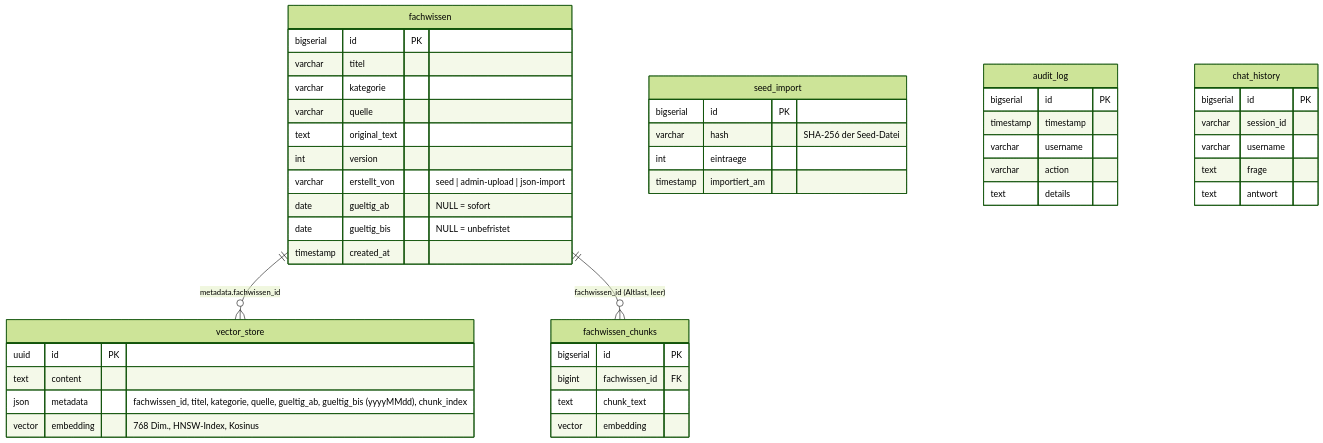
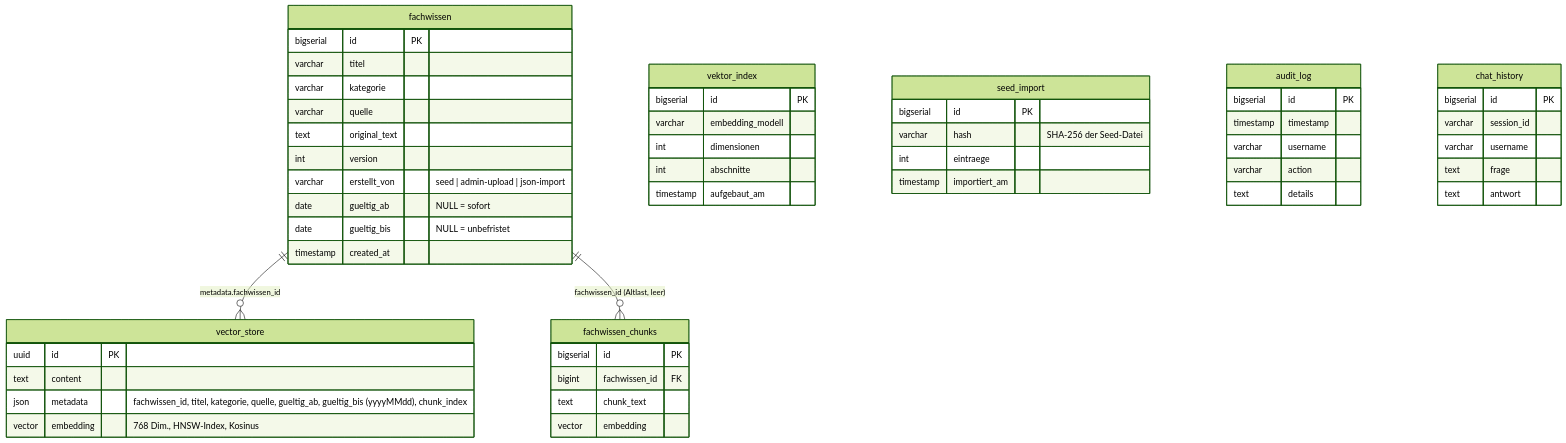
The seventh of 7 diagrams in docs/ARCHITEKTUR.md (baiyendeik-enowmpey/betriebsrente-faq-bot-keycloak), drawn with Mermaid (forest theme) before and after one commit. The commit also changed other lines of this file and 22 other files, not shown here.

First line of the commit message:
Qualitätsprüfung mit Testfragen-Katalog und mehrsprachiges Embedding-Modell

````diff
--- a/docs/ARCHITEKTUR.md
+++ b/docs/ARCHITEKTUR.md
@@ -258,50 +264,57 @@
 ```mermaid
 erDiagram
     fachwissen ||--o{ vector_store : "metadata.fachwissen_id"
     fachwissen ||--o{ fachwissen_chunks : "fachwissen_id (Altlast, leer)"
 
     fachwissen {
         bigserial id PK
         varchar titel
         varchar kategorie
         varchar quelle
         text original_text
         int version
         varchar erstellt_von "seed | admin-upload | json-import"
         date gueltig_ab "NULL = sofort"
         date gueltig_bis "NULL = unbefristet"
         timestamp created_at
+    }
+    vektor_index {
+        bigserial id PK
+        varchar embedding_modell
+        int dimensionen
+        int abschnitte
+        timestamp aufgebaut_am
     }
     seed_import {
         bigserial id PK
         varchar hash "SHA-256 der Seed-Datei"
         int eintraege
         timestamp importiert_am
     }
     vector_store {
         uuid id PK
         text content
         json metadata "fachwissen_id, titel, kategorie, quelle, gueltig_ab, gueltig_bis (yyyyMMdd), chunk_index"
         vector embedding "768 Dim., HNSW-Index, Kosinus"
     }
     fachwissen_chunks {
         bigserial id PK
         bigint fachwissen_id FK
         text chunk_text
         vector embedding
     }
     audit_log {
         bigserial id PK
         timestamp timestamp
         varchar username
         varchar action
         text details
     }
     chat_history {
         bigserial id PK
         varchar session_id
         varchar username
         text frage
         text antwort
     }
 ```
````
